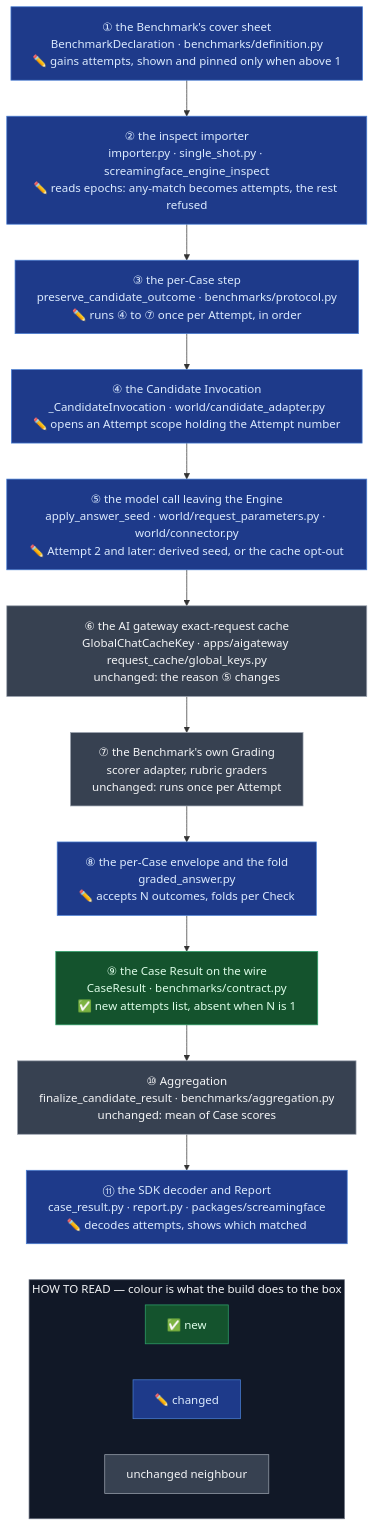
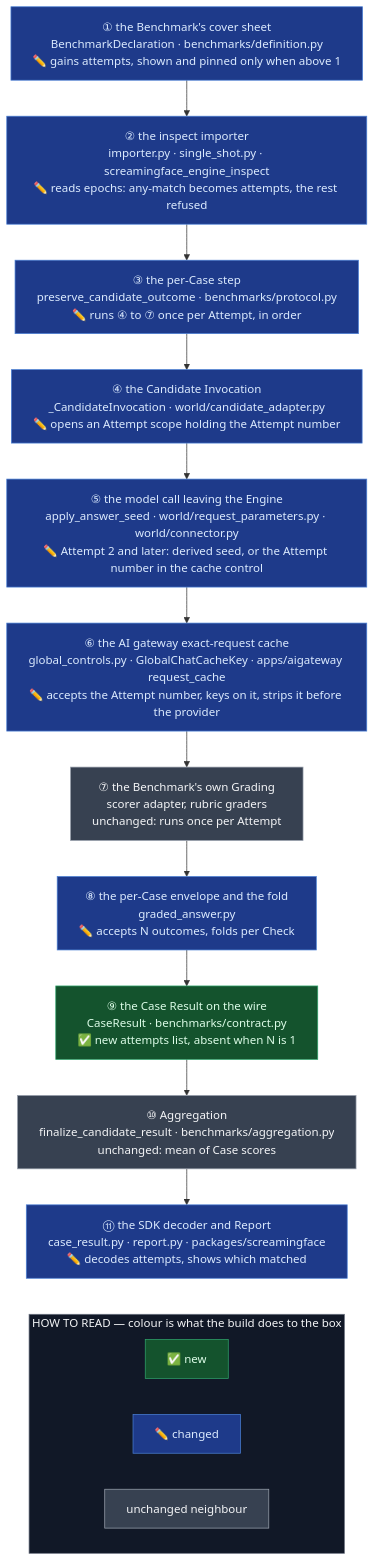
The third of 3 diagrams in docs/spec/2026-10-07-OME-1458-attempts-per-case.md (ScreamingFace/screamingface), drawn with Mermaid before and after one commit. The commit also changed other lines of this file, not shown here.

Commit message:
docs(screamingface-engine): give each unseeded Attempt its own cache entry so a rerun replays every Attempt

````diff
--- a/docs/spec/2026-10-07-OME-1458-attempts-per-case.md
+++ b/docs/spec/2026-10-07-OME-1458-attempts-per-case.md
@@ -290,30 +303,30 @@
 ```mermaid
 %%{init: {"flowchart": {"wrappingWidth": 440}}}%%
 flowchart TB
   n1["① the Benchmark's cover sheet<br/>BenchmarkDeclaration · benchmarks/definition.py<br/>✏️ gains attempts, shown and pinned only when above 1"]
   n2["② the inspect importer<br/>importer.py · single_shot.py · screamingface_engine_inspect<br/>✏️ reads epochs: any-match becomes attempts, the rest refused"]
   n3["③ the per-Case step<br/>preserve_candidate_outcome · benchmarks/protocol.py<br/>✏️ runs ④ to ⑦ once per Attempt, in order"]
   n4["④ the Candidate Invocation<br/>_CandidateInvocation · world/candidate_adapter.py<br/>✏️ opens an Attempt scope holding the Attempt number"]
-  n5["⑤ the model call leaving the Engine<br/>apply_answer_seed · world/request_parameters.py · world/connector.py<br/>✏️ Attempt 2 and later: derived seed, or the cache opt-out"]
-  n6["⑥ the AI gateway exact-request cache<br/>GlobalChatCacheKey · apps/aigateway request_cache/global_keys.py<br/>unchanged: the reason ⑤ changes"]
+  n5["⑤ the model call leaving the Engine<br/>apply_answer_seed · world/request_parameters.py · world/connector.py<br/>✏️ Attempt 2 and later: derived seed, or the Attempt number in the cache control"]
+  n6["⑥ the AI gateway exact-request cache<br/>global_controls.py · GlobalChatCacheKey · apps/aigateway request_cache<br/>✏️ accepts the Attempt number, keys on it, strips it before the provider"]
   n7["⑦ the Benchmark's own Grading<br/>scorer adapter, rubric graders<br/>unchanged: runs once per Attempt"]
   n8["⑧ the per-Case envelope and the fold<br/>graded_answer.py<br/>✏️ accepts N outcomes, folds per Check"]
   n9["⑨ the Case Result on the wire<br/>CaseResult · benchmarks/contract.py<br/>✅ new attempts list, absent when N is 1"]
   n10["⑩ Aggregation<br/>finalize_candidate_result · benchmarks/aggregation.py<br/>unchanged: mean of Case scores"]
   n11["⑪ the SDK decoder and Report<br/>case_result.py · report.py · packages/screamingface<br/>✏️ decodes attempts, shows which matched"]
   n1 --> n2 --> n3 --> n4 --> n5 --> n6 --> n7 --> n8 --> n9 --> n10 --> n11
   subgraph KEY["HOW TO READ — colour is what the build does to the box"]
     direction LR
     k1["✅ new"]
     k2["✏️ changed"]
     k3["unchanged neighbour"]
   end
   n11 ~~~ KEY
   classDef good  fill:#14532d,stroke:#30a46c,color:#dcfce7
   classDef stage fill:#1e3a8a,stroke:#4a7fd4,color:#dbeafe
   classDef plain fill:#374151,stroke:#9ca3af,color:#f3f4f6
   class n9,k1 good
-  class n1,n2,n3,n4,n5,n8,n11,k2 stage
-  class n6,n7,n10,k3 plain
+  class n1,n2,n3,n4,n5,n6,n8,n11,k2 stage
+  class n7,n10,k3 plain
   style KEY fill:#111827,stroke:#6b7280,color:#f3f4f6
 ```
````
